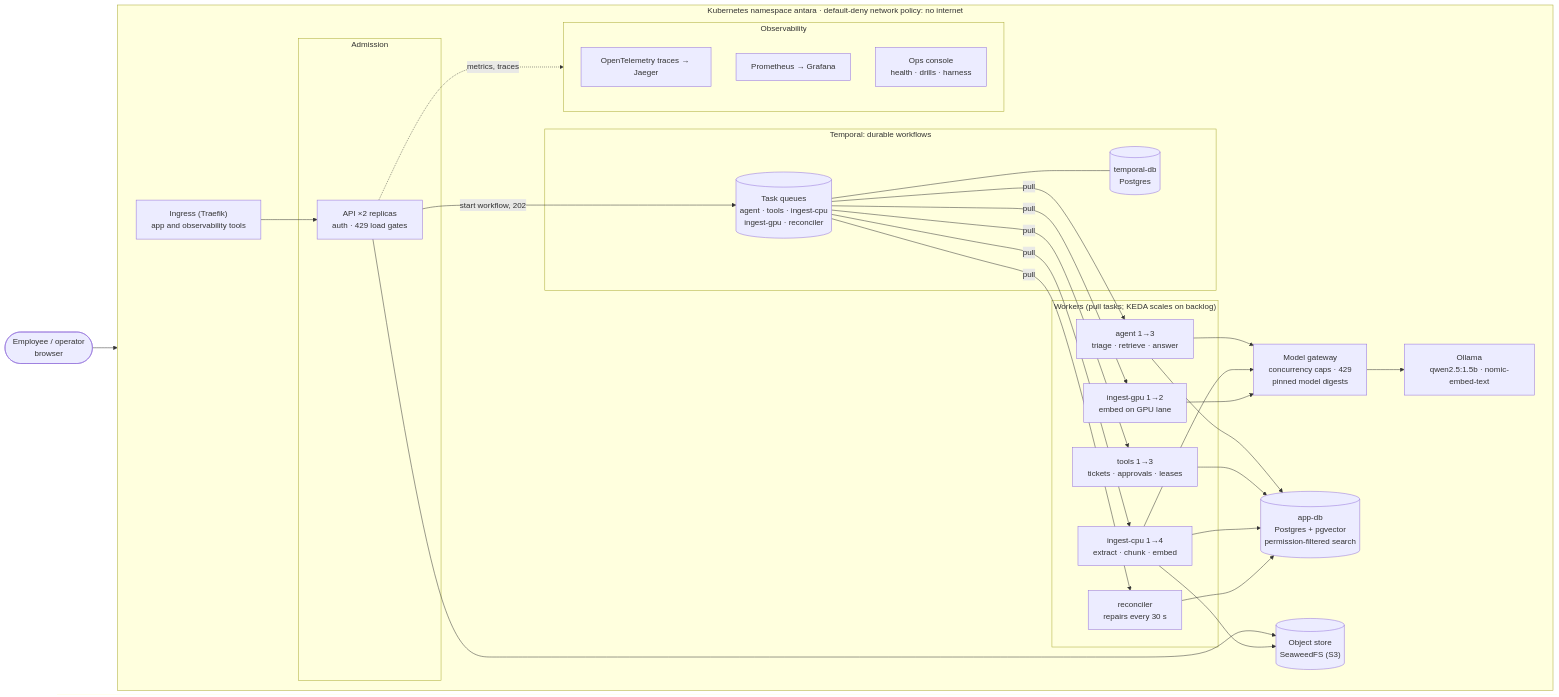
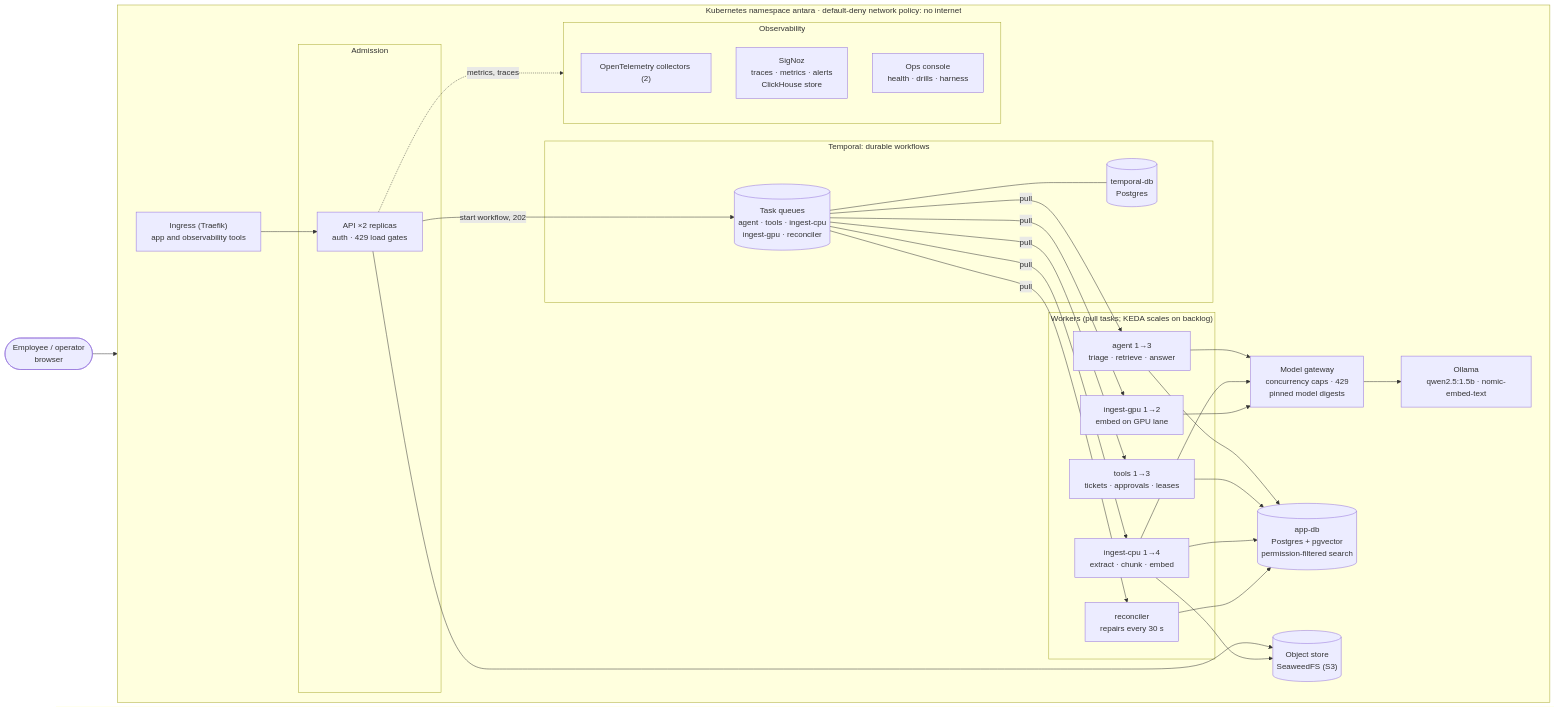
Before and after one commit to ranadhir-rikkala/273-Antara: the diagram in docs/ARCHITECTURE.md, drawn with Mermaid. The commit also changed other lines of this file and 6 other files, not shown here.

First line of the commit message:
Describe SigNoz as the observability stack in the docs

````diff
--- a/docs/ARCHITECTURE.md
+++ b/docs/ARCHITECTURE.md
@@ -7,46 +7,46 @@
 ```mermaid
 flowchart LR
     user([Employee / operator<br/>browser])
 
     subgraph cluster["Kubernetes namespace antara · default-deny network policy: no internet"]
         direction LR
         ingress["Ingress (Traefik)<br/>app and observability tools"]
 
         subgraph edge["Admission"]
             api["API ×2 replicas<br/>auth · 429 load gates"]
         end
 
         subgraph temporal["Temporal: durable workflows"]
             tq[("Task queues<br/>agent · tools · ingest-cpu<br/>ingest-gpu · reconciler")]
             tdb[("temporal-db<br/>Postgres")]
         end
 
         subgraph workers["Workers (pull tasks; KEDA scales on backlog)"]
             agent["agent 1→3<br/>triage · retrieve · answer"]
             tools["tools 1→3<br/>tickets · approvals · leases"]
             icpu["ingest-cpu 1→4<br/>extract · chunk · embed"]
             igpu["ingest-gpu 1→2<br/>embed on GPU lane"]
             recon["reconciler<br/>repairs every 30 s"]
         end
 
         gateway["Model gateway<br/>concurrency caps · 429<br/>pinned model digests"]
         ollama["Ollama<br/>qwen2.5:1.5b · nomic-embed-text"]
         appdb[("app-db<br/>Postgres + pgvector<br/>permission-filtered search")]
         s3[("Object store<br/>SeaweedFS (S3)")]
 
         subgraph obs["Observability"]
-            otel["OpenTelemetry traces → Jaeger"]
-            prom["Prometheus → Grafana"]
+            otel["OpenTelemetry collectors (2)"]
+            signoz["SigNoz<br/>traces · metrics · alerts<br/>ClickHouse store"]
             ops["Ops console<br/>health · drills · harness"]
         end
     end
 
     user --> ingress --> api
     api -- "start workflow, 202" --> tq
     tq --- tdb
     tq -- "pull" --> agent & tools & icpu & igpu & recon
     agent & icpu & igpu --> gateway --> ollama
     agent & tools & icpu & recon --> appdb
     api & icpu --> s3
     api -. "metrics, traces" .-> obs
 ```
````
